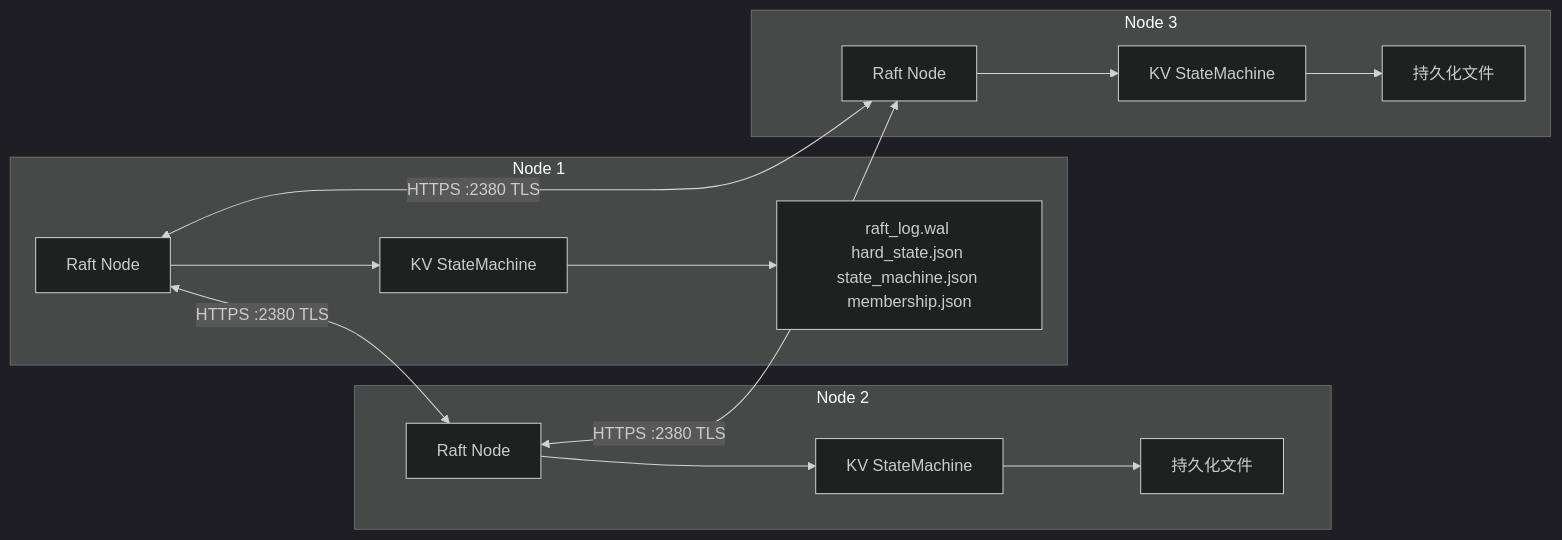
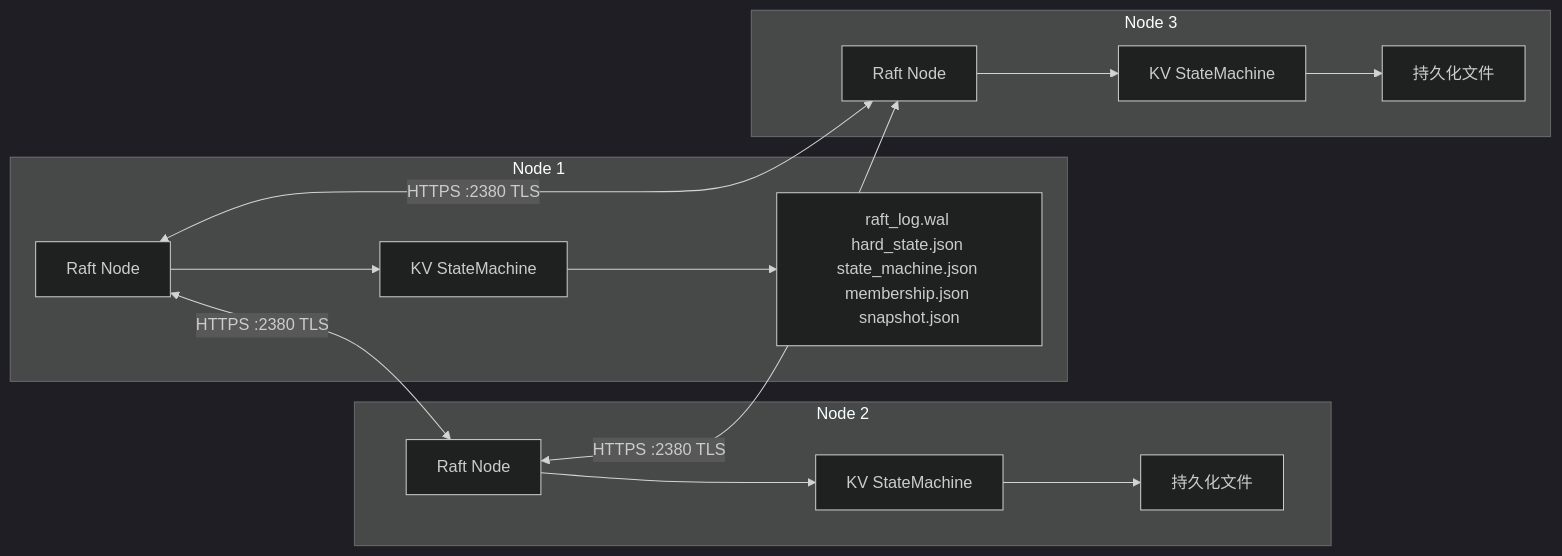
One commit to seraphico/pg-ha changed the seventh of 11 diagrams in docs/pg-ha-architecture.md. Above: the diagram before and after it, drawn with Mermaid (dark theme). The commit also changed other lines of this file and 1 other file, not shown here.

Commit message:
docs: record SB-06 Raft snapshot persistence (snapshot.json)
Note snapshot.json in the durable-files list of the Raft layer in
pg-ha-architecture.md and explain the snapshot now persists to disk and
reloads on restart so get_current_snapshot survives a restart. Tick TODO
#14 and update its two cross-references. invariants.md left unchanged: no
existing durability invariant covers the snapshot (P1/P2 cover the log +
state machine only).

No build/test run: docs-only change.

````diff
--- a/docs/pg-ha-architecture.md
+++ b/docs/pg-ha-architecture.md
@@ -196,29 +196,29 @@
 ```mermaid
 flowchart LR
     subgraph Node1["Node 1"]
         R1[Raft Node]
         SM1[KV StateMachine]
-        DISK1[raft_log.wal hard_state.json state_machine.json membership.json]
+        DISK1[raft_log.wal hard_state.json state_machine.json membership.json snapshot.json]
     end
     subgraph Node2["Node 2"]
         R2[Raft Node]
         SM2[KV StateMachine]
         DISK2[持久化文件]
     end
     subgraph Node3["Node 3"]
         R3[Raft Node]
         SM3[KV StateMachine]
         DISK3[持久化文件]
     end
 
     R1 <-->|HTTPS :2380 TLS| R2
     R2 <-->|HTTPS :2380 TLS| R3
     R1 <-->|HTTPS :2380 TLS| R3
 
     R1 --> SM1
     R2 --> SM2
     R3 --> SM3
     SM1 --> DISK1
     SM2 --> DISK2
     SM3 --> DISK3
 ```
````
